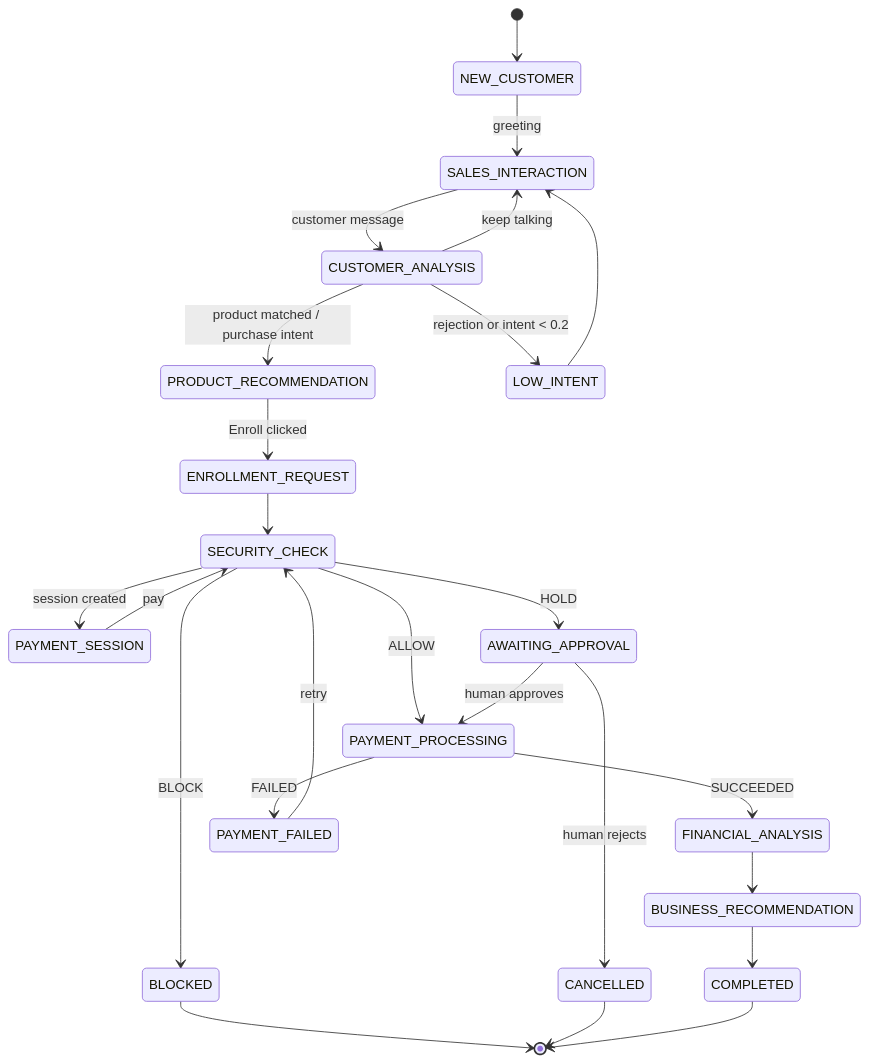
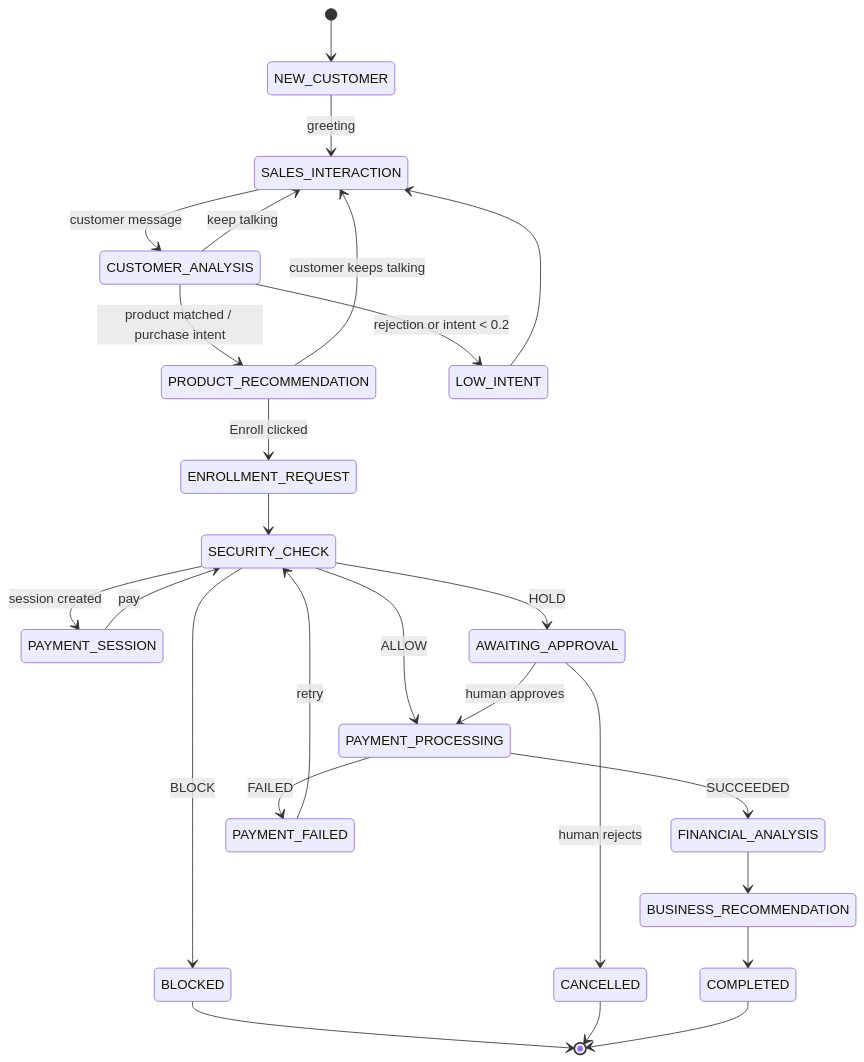
The first of 3 diagrams in docs/WORKFLOWS.md (sinfoo/Trackify), drawn with Mermaid before and after one commit. The commit also changed 21 other files, not shown here.

````diff
--- a/docs/WORKFLOWS.md
+++ b/docs/WORKFLOWS.md
@@ -5,27 +5,28 @@
 ```mermaid
 stateDiagram-v2
   [*] --> NEW_CUSTOMER
   NEW_CUSTOMER --> SALES_INTERACTION: greeting
   SALES_INTERACTION --> CUSTOMER_ANALYSIS: customer message
   CUSTOMER_ANALYSIS --> PRODUCT_RECOMMENDATION: product matched / purchase intent
   CUSTOMER_ANALYSIS --> LOW_INTENT: rejection or intent < 0.2
   CUSTOMER_ANALYSIS --> SALES_INTERACTION: keep talking
   LOW_INTENT --> SALES_INTERACTION
   PRODUCT_RECOMMENDATION --> ENROLLMENT_REQUEST: Enroll clicked
+  PRODUCT_RECOMMENDATION --> SALES_INTERACTION: customer keeps talking
   ENROLLMENT_REQUEST --> SECURITY_CHECK
   SECURITY_CHECK --> PAYMENT_SESSION: session created
   PAYMENT_SESSION --> SECURITY_CHECK: pay
   SECURITY_CHECK --> PAYMENT_PROCESSING: ALLOW
   SECURITY_CHECK --> AWAITING_APPROVAL: HOLD
   SECURITY_CHECK --> BLOCKED: BLOCK
   AWAITING_APPROVAL --> PAYMENT_PROCESSING: human approves
   AWAITING_APPROVAL --> CANCELLED: human rejects
   PAYMENT_PROCESSING --> FINANCIAL_ANALYSIS: SUCCEEDED
   PAYMENT_PROCESSING --> PAYMENT_FAILED: FAILED
   PAYMENT_FAILED --> SECURITY_CHECK: retry
   FINANCIAL_ANALYSIS --> BUSINESS_RECOMMENDATION
   BUSINESS_RECOMMENDATION --> COMPLETED
   BLOCKED --> [*]
   CANCELLED --> [*]
   COMPLETED --> [*]
 ```
````
